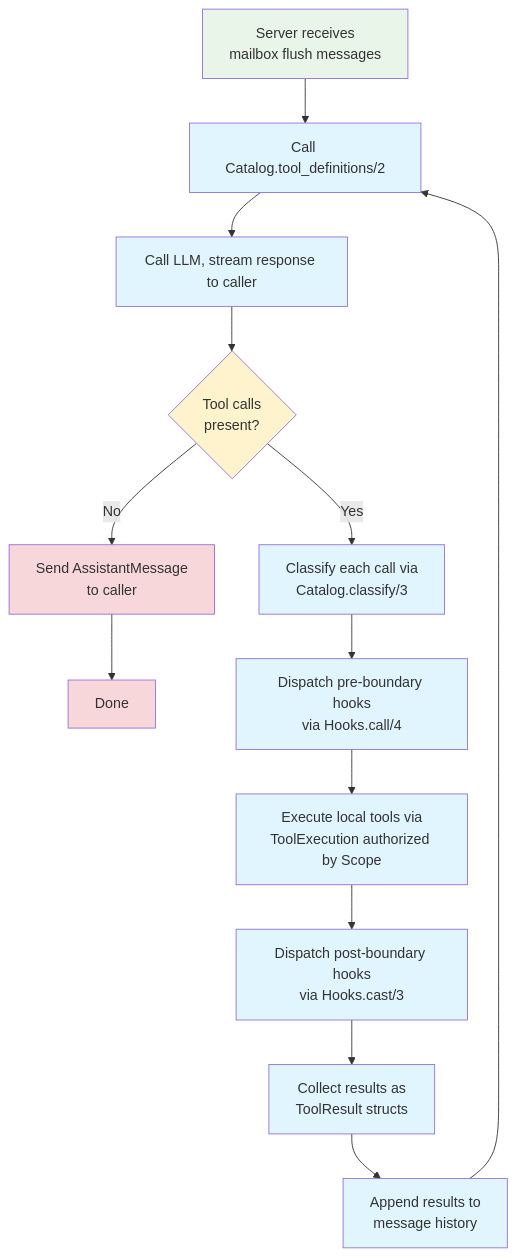
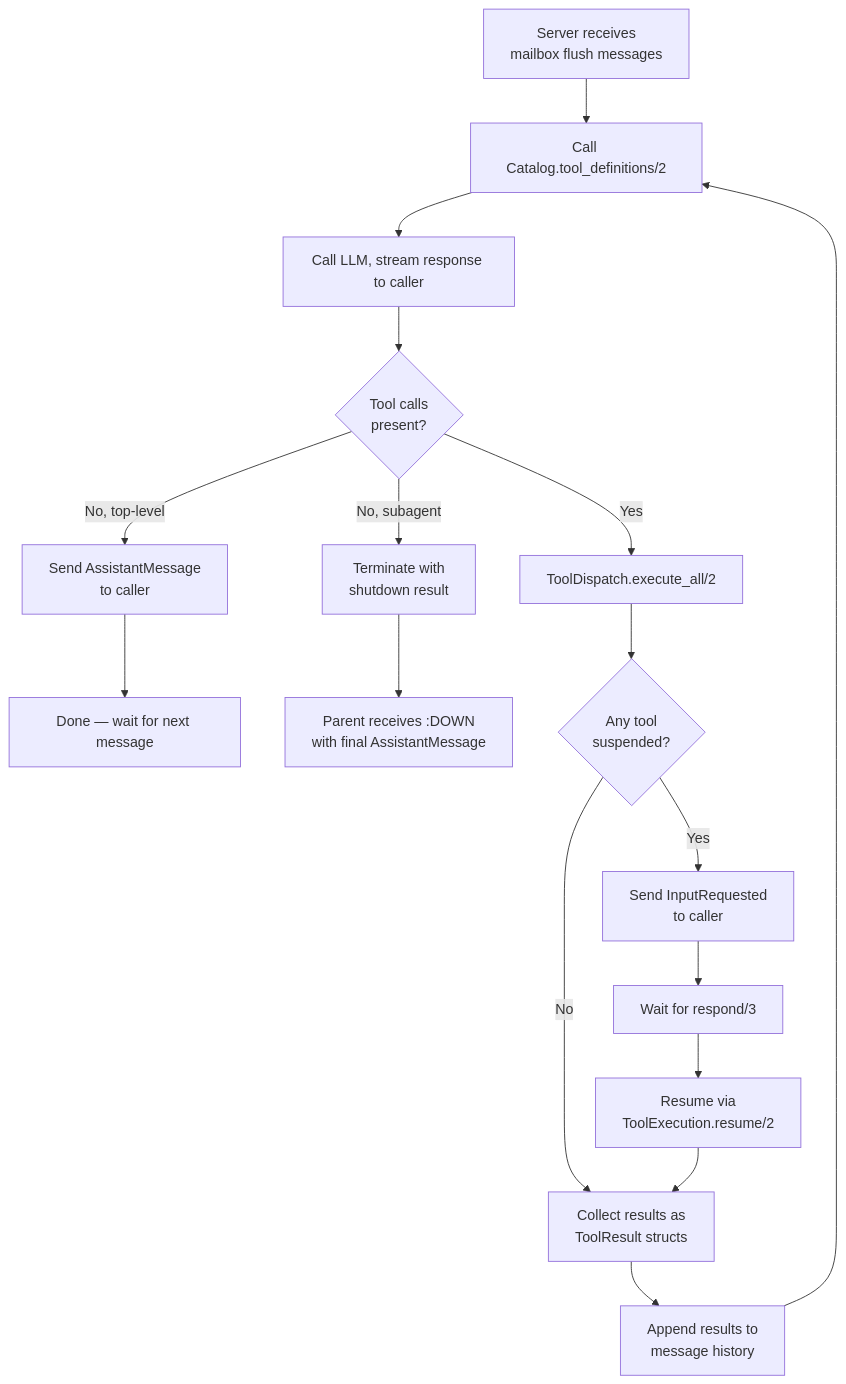
One commit to paper-crow/skill_kit changed the second of 2 diagrams in guides/architecture.md. Above: the diagram before and after it, drawn with Mermaid. The commit also changed other lines of this file and 3 other files, not shown here.

````diff
--- a/guides/architecture.md
+++ b/guides/architecture.md
@@ -163,27 +165,24 @@
 ```mermaid
 flowchart TD
     A[Server receives<br/>mailbox flush messages] --> B[Call Catalog.tool_definitions/2]
     B --> C[Call LLM, stream response to caller]
     C --> D{Tool calls<br/>present?}
     
-    D -->|No| E[Send AssistantMessage<br/>to caller]
-    E --> F[Done]
+    D -->|No, top-level| E[Send AssistantMessage<br/>to caller]
+    E --> F[Done — wait for next message]
     
-    D -->|Yes| G[Classify each call via<br/>Catalog.classify/3]
-    G --> H[Dispatch pre-boundary hooks<br/>via Hooks.call/4]
-    H --> I[Execute local tools via<br/>ToolExecution authorized by Scope]
-    I --> J[Dispatch post-boundary hooks<br/>via Hooks.cast/3]
-    J --> K[Collect results as<br/>ToolResult structs]
+    D -->|No, subagent| S[Terminate with<br/>shutdown result]
+    S --> T[Parent receives :DOWN<br/>with final AssistantMessage]
+    
+    D -->|Yes| G[ToolDispatch.execute_all/2]
+    G --> H{Any tool<br/>suspended?}
+    
+    H -->|No| K[Collect results as<br/>ToolResult structs]
     K --> L[Append results to<br/>message history]
     L --> B
     
-    classDef start fill:#e8f5e8
-    classDef decision fill:#fff3cd
-    classDef process fill:#e1f5fe
-    classDef terminal fill:#f8d7da
-    
-    class A start
-    class D decision
-    class B,C,G,H,I,J,K,L process
-    class E,F terminal
+    H -->|Yes| M[Send InputRequested<br/>to caller]
+    M --> N[Wait for respond/3]
+    N --> O[Resume via<br/>ToolExecution.resume/2]
+    O --> K
 ```
````
